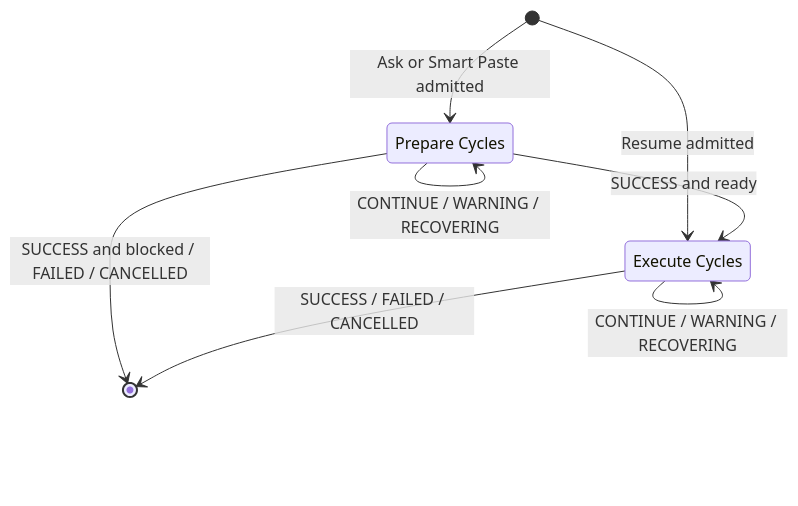
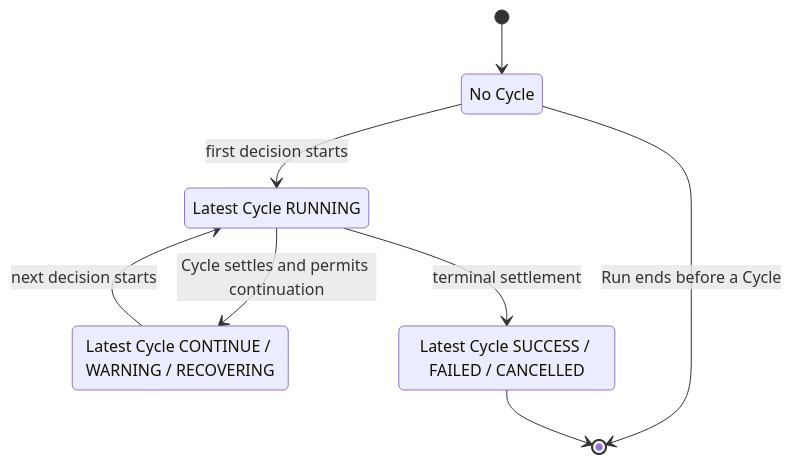
One commit to stark-lin/job-agent-browser changed the second of 5 diagrams in docs/agent-runtime.md. Above: the diagram before and after it, drawn with Mermaid. The commit also changed other lines of this file and 125 other files, not shown here.

````diff
--- a/docs/agent-runtime.md
+++ b/docs/agent-runtime.md
@@ -52,12 +46,14 @@
 ```mermaid
 stateDiagram-v2
-    state "Prepare Cycles" as Prepare
-    state "Execute Cycles" as Execute
-    [*] --> Prepare: Ask or Smart Paste admitted
-    [*] --> Execute: Resume admitted
-    Prepare --> Prepare: CONTINUE / WARNING / RECOVERING
-    Prepare --> Execute: SUCCESS and ready
-    Prepare --> [*]: SUCCESS and blocked / FAILED / CANCELLED
-    Execute --> Execute: CONTINUE / WARNING / RECOVERING
-    Execute --> [*]: SUCCESS / FAILED / CANCELLED
+    state "No Cycle" as Empty
+    state "Latest Cycle RUNNING" as Active
+    state "Latest Cycle CONTINUE / WARNING / RECOVERING" as Next
+    state "Latest Cycle SUCCESS / FAILED / CANCELLED" as Stop
+    [*] --> Empty
+    Empty --> Active: first decision starts
+    Active --> Next: Cycle settles and permits continuation
+    Next --> Active: next decision starts
+    Active --> Stop: terminal settlement
+    Empty --> [*]: Run ends before a Cycle
+    Stop --> [*]
 ```
````
